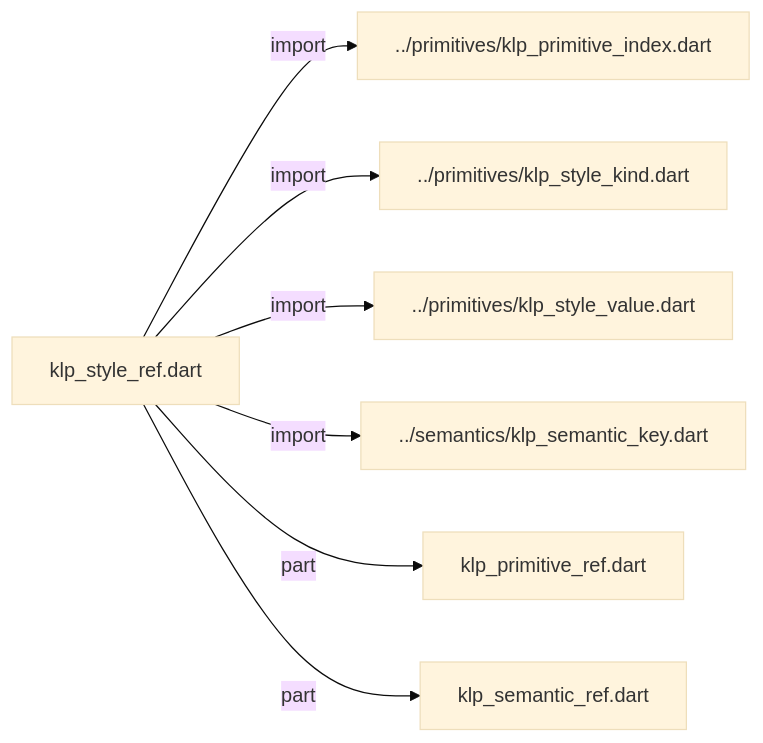
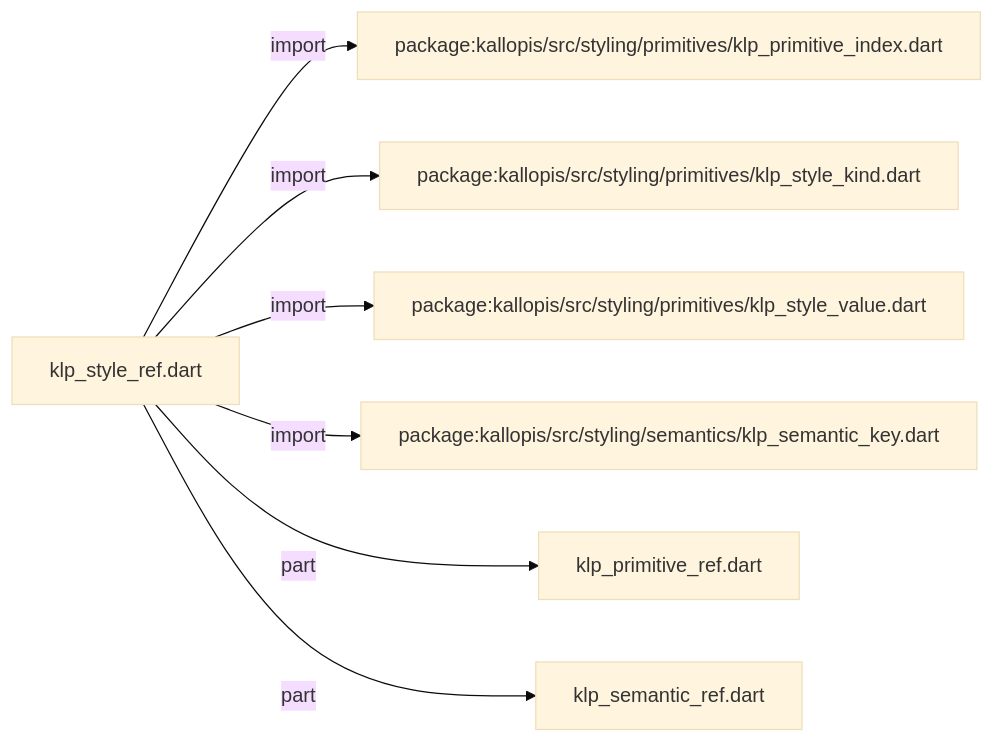
Before and after one commit to MiuDog/Kallopis: the first of 2 diagrams in docs/architecture/src/styling/references/klp_style_ref.md, drawn with Mermaid (base theme). The commit also changed other lines of this file and 9688 other files, not shown here.

Commit message:
Prepare isolated Flow F2 peer baseline

````diff
--- a/docs/architecture/src/styling/references/klp_style_ref.md
+++ b/docs/architecture/src/styling/references/klp_style_ref.md
@@ -11,16 +11,16 @@
 ```mermaid
 flowchart LR
 	n0["klp_style_ref.dart"]
-	n1["../primitives/klp_primitive_index.dart"]
-	n2["../primitives/klp_style_kind.dart"]
-	n3["../primitives/klp_style_value.dart"]
-	n4["../semantics/klp_semantic_key.dart"]
+	n1["package:kallopis/src/styling/primitives/klp_primitive_index.dart"]
+	n2["package:kallopis/src/styling/primitives/klp_style_kind.dart"]
+	n3["package:kallopis/src/styling/primitives/klp_style_value.dart"]
+	n4["package:kallopis/src/styling/semantics/klp_semantic_key.dart"]
 	n5["klp_primitive_ref.dart"]
 	n6["klp_semantic_ref.dart"]
 	n0 -->|"import"| n1
 	n0 -->|"import"| n2
 	n0 -->|"import"| n3
 	n0 -->|"import"| n4
 	n0 -->|"part"| n5
 	n0 -->|"part"| n6
 ```
````
